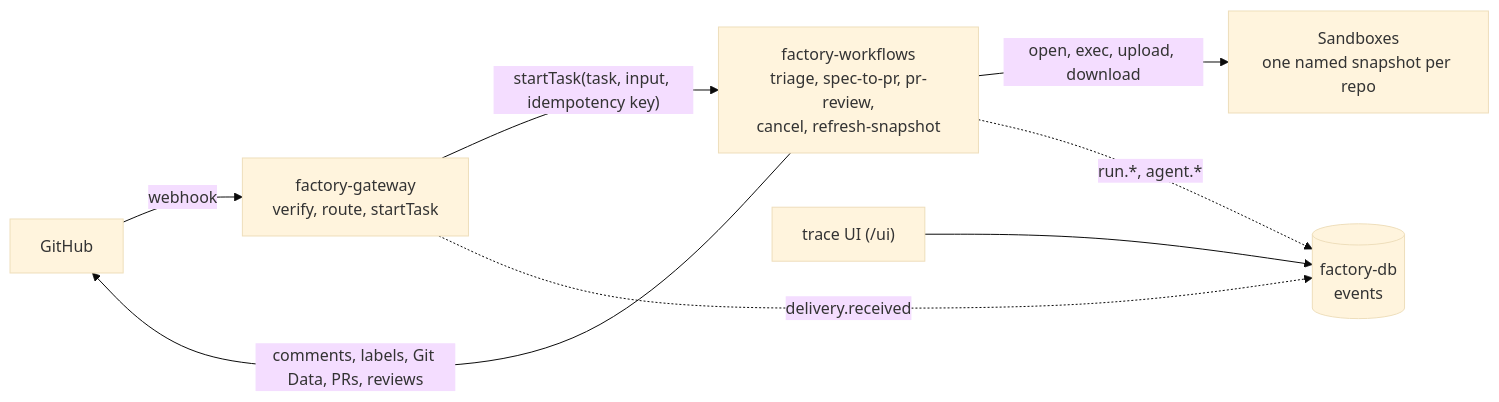
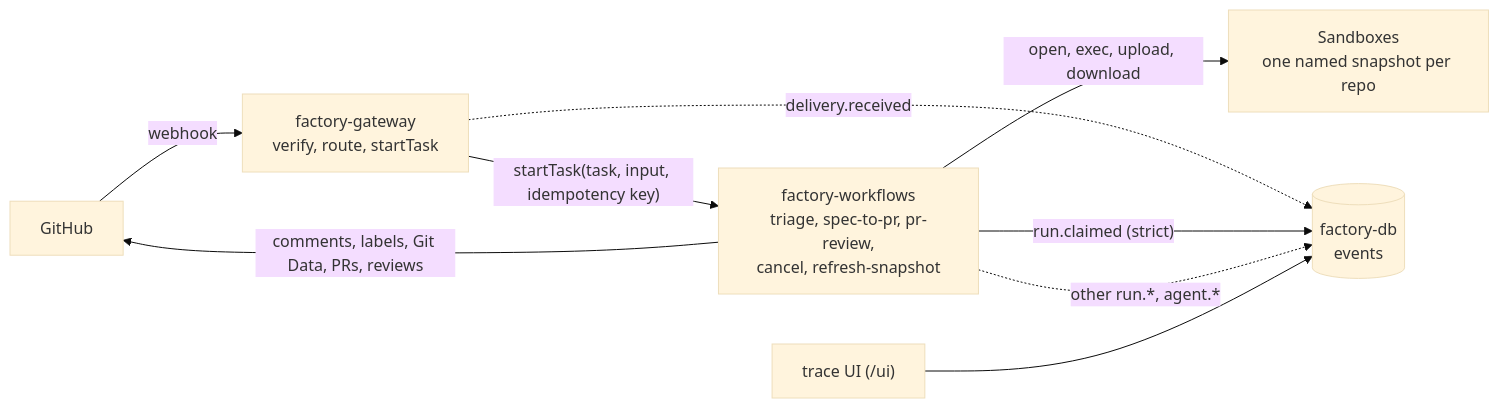
One commit to Ho1yShif/software-factory changed the diagram in docs/architecture.md. Above: the diagram before and after it, drawn with Mermaid (base theme). The commit also changed other lines of this file and 41 other files, not shown here.

````diff
--- a/docs/architecture.md
+++ b/docs/architecture.md
@@ -5,10 +5,11 @@
 ```mermaid
 flowchart LR
   GH[GitHub] -->|webhook| GW["factory-gateway<br/>verify, route, startTask"]
   GW -->|"startTask(task, input, idempotency key)"| WF["factory-workflows<br/>triage, spec-to-pr, pr-review,<br/>cancel, refresh-snapshot"]
   WF -->|"open, exec, upload, download"| SB["Sandboxes<br/>one named snapshot per repo"]
   WF -->|"comments, labels, Git Data, PRs, reviews"| GH
   GW -.->|delivery.received| DB[("factory-db<br/>events")]
-  WF -.->|"run.*, agent.*"| DB
+  WF -->|"run.claimed (strict)"| DB
+  WF -.->|"other run.*, agent.*"| DB
   UI["trace UI (/ui)"] --> DB
 ```
````
